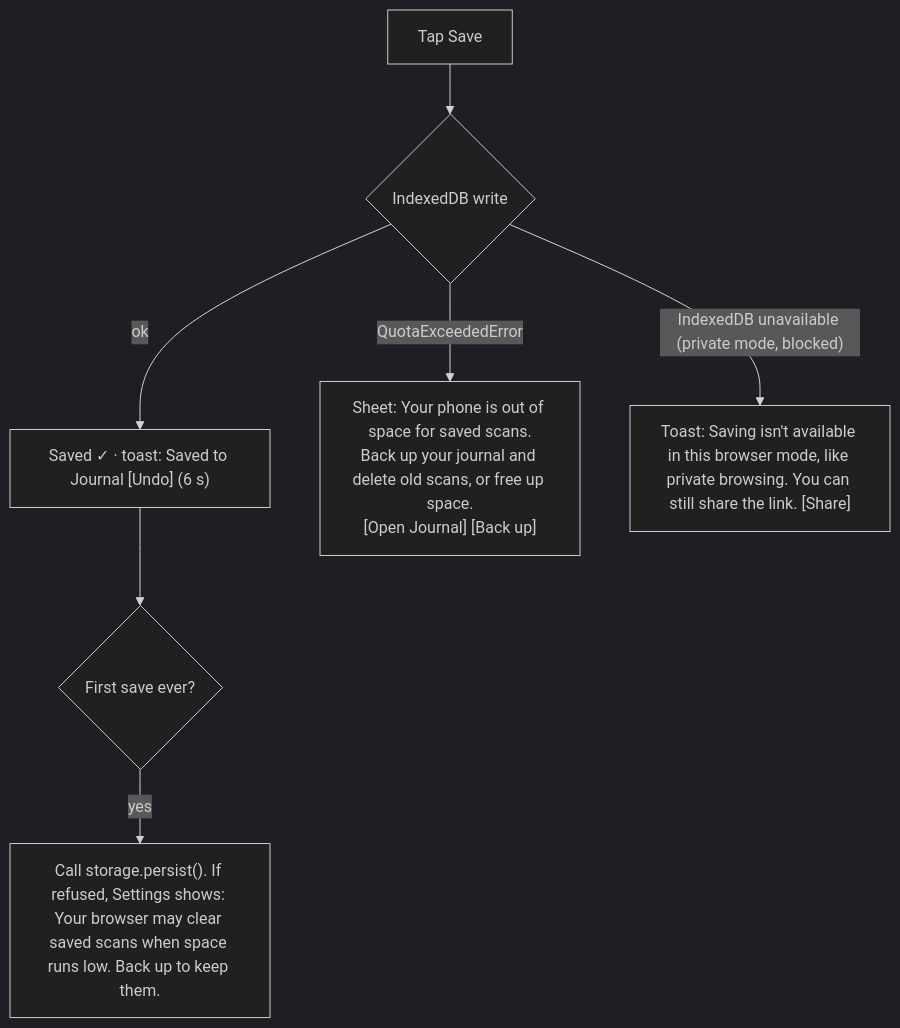
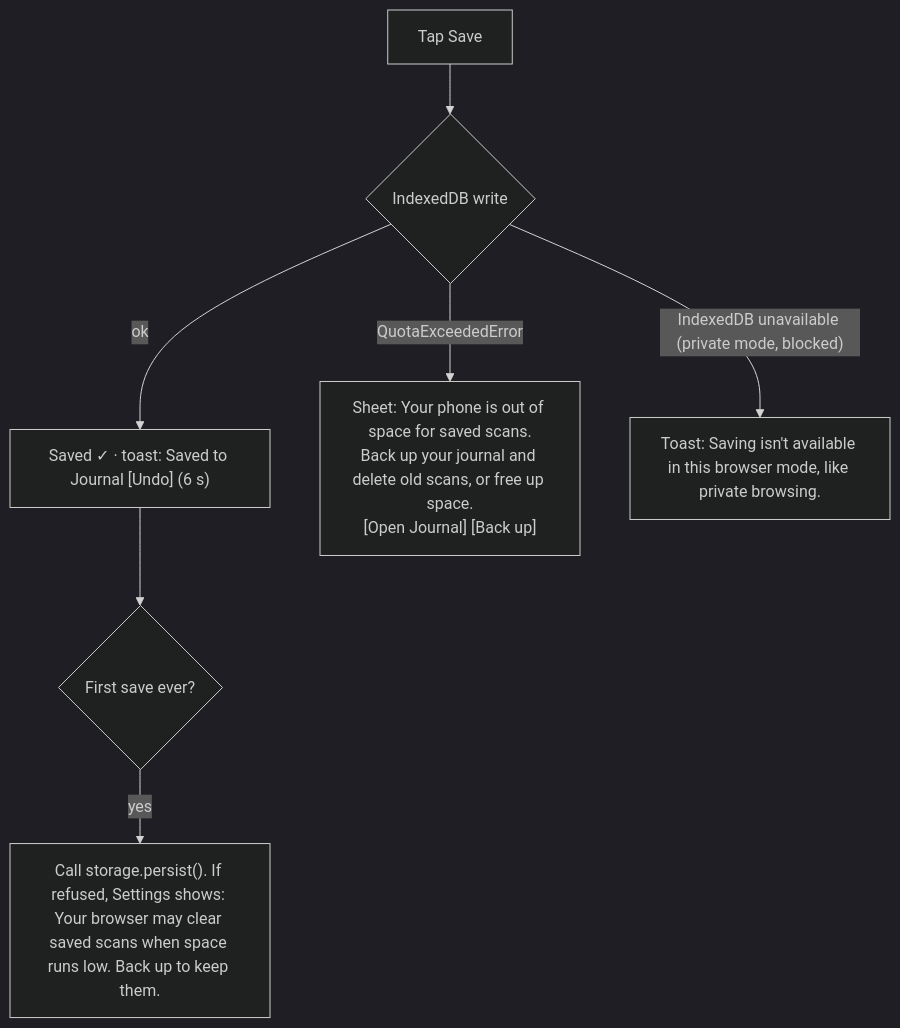
The eighth of 9 diagrams in docs/design/flows.md (AhtomicStudio/flowerscan), drawn with Mermaid (dark theme) before and after one commit. The commit also changed other lines of this file and 54 other files, not shown here.

````diff
--- a/docs/design/flows.md
+++ b/docs/design/flows.md
@@ -222,9 +234,9 @@
 ```mermaid
 flowchart TD
   SAVE[Tap Save] --> DB{IndexedDB write}
   DB -- ok --> T1["Saved ✓ · toast: Saved to Journal [Undo] (6 s)"]
   DB -- "QuotaExceededError" --> Q["Sheet: Your phone is out of space for saved scans.<br/>Back up your journal and delete old scans, or free up space.<br/>[Open Journal] [Back up]"]
-  DB -- "IndexedDB unavailable (private mode, blocked)" --> P["Toast: Saving isn't available in this browser mode, like private browsing. You can still share the link. [Share]"]
+  DB -- "IndexedDB unavailable (private mode, blocked)" --> P["Toast: Saving isn't available in this browser mode, like private browsing."]
   T1 --> FIRST{First save ever?}
   FIRST -- yes --> PERS["Call storage.persist(). If refused, Settings shows: Your browser may clear saved scans when space runs low. Back up to keep them."]
 ```
````
